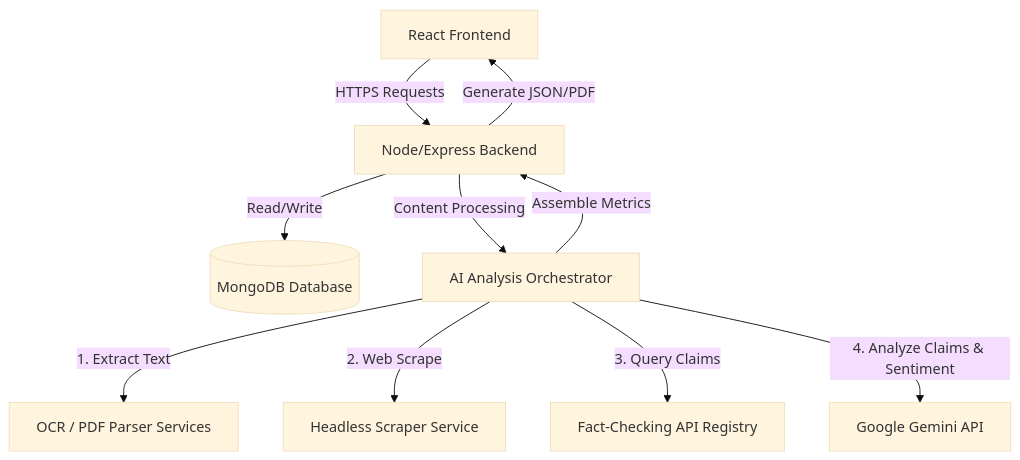
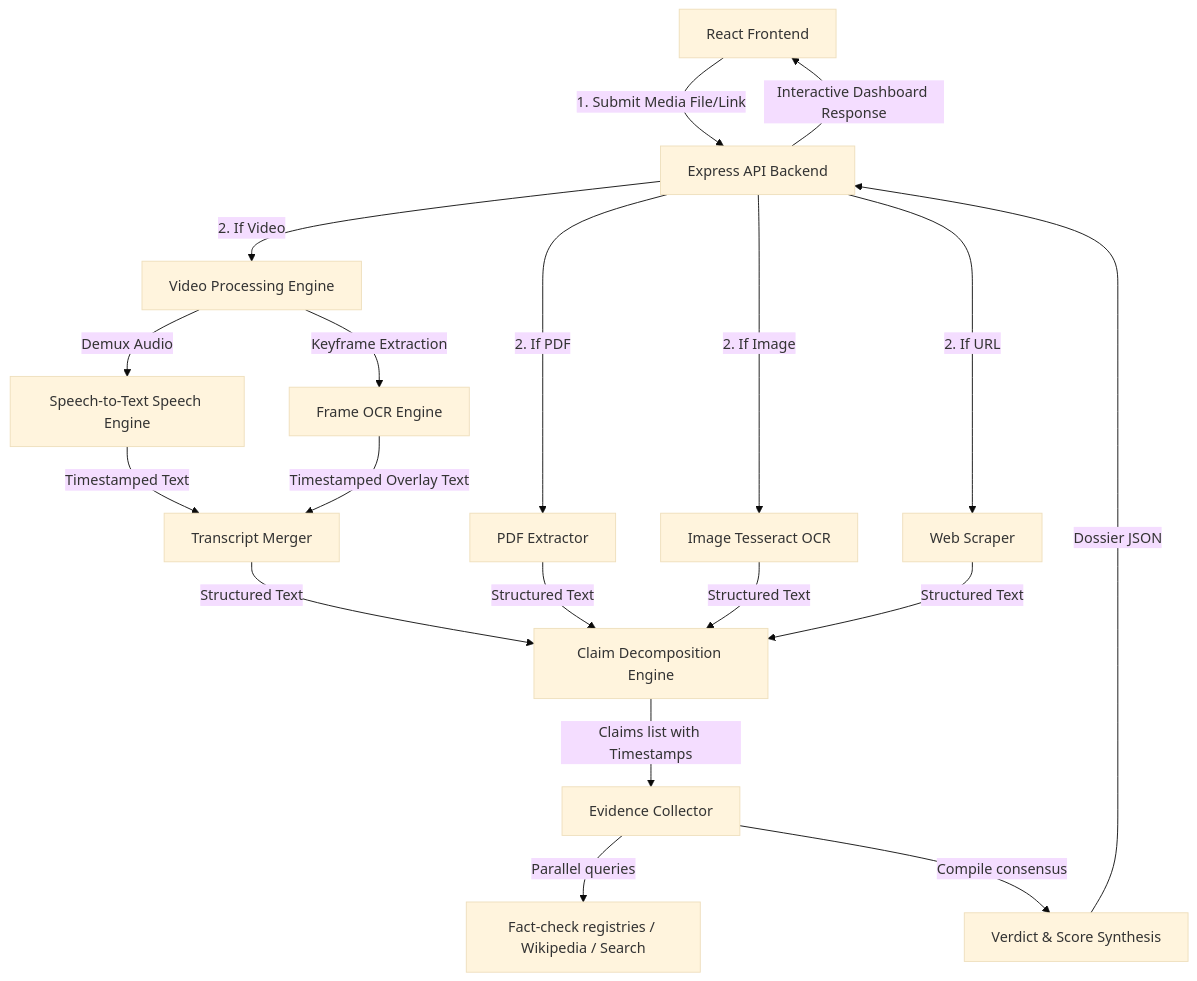
The diagram in ARCHITECTURE.md (devvikax/TruthLens-AI), drawn with Mermaid (base theme) before and after one commit. The commit also changed other lines of this file and 78 other files, not shown here.

````diff
--- a/ARCHITECTURE.md
+++ b/ARCHITECTURE.md
@@ -12,14 +12,29 @@
 ```mermaid
 graph TD
-    Client[React Frontend] -->|HTTPS Requests| Backend[Node/Express Backend]
-    Backend -->|Read/Write| DB[(MongoDB Database)]
-    Backend -->|Content Processing| Orchestrator[AI Analysis Orchestrator]
+    Client[React Frontend] -->|1. Submit Media File/Link| Gateway[Express API Backend]
     
-    Orchestrator -->|1. Extract Text| OCR[OCR / PDF Parser Services]
-    Orchestrator -->|2. Web Scrape| Scraper[Headless Scraper Service]
-    Orchestrator -->|3. Query Claims| FactCheckAPI[Fact-Checking API Registry]
-    Orchestrator -->|4. Analyze Claims & Sentiment| LLM[Google Gemini API]
+    %% Video Pipeline
+    Gateway -->|2. If Video| VideoEngine[Video Processing Engine]
+    VideoEngine -->|Demux Audio| Whisper[Speech-to-Text Speech Engine]
+    VideoEngine -->|Keyframe Extraction| OCR[Frame OCR Engine]
+    Whisper -->|Timestamped Text| Merger[Transcript Merger]
+    OCR -->|Timestamped Overlay Text| Merger
     
-    Orchestrator -->|Assemble Metrics| Backend
-    Backend -->|Generate JSON/PDF| Client
+    %% General pipelines
+    Gateway -->|2. If PDF| PDFParser[PDF Extractor]
+    Gateway -->|2. If Image| ImageOCR[Image Tesseract OCR]
+    Gateway -->|2. If URL| Scraper[Web Scraper]
+    
+    %% Claims Verification Core
+    Merger -->|Structured Text| Decomposer[Claim Decomposition Engine]
+    PDFParser -->|Structured Text| Decomposer
+    ImageOCR -->|Structured Text| Decomposer
+    Scraper -->|Structured Text| Decomposer
+    
+    Decomposer -->|Claims list with Timestamps| Collector[Evidence Collector]
+    Collector -->|Parallel queries| FactCheck[Fact-check registries / Wikipedia / Search]
+    Collector -->|Compile consensus| VerdictEngine[Verdict & Score Synthesis]
+    
+    VerdictEngine -->|Dossier JSON| Gateway
+    Gateway -->|Interactive Dashboard Response| Client
 ```
````
